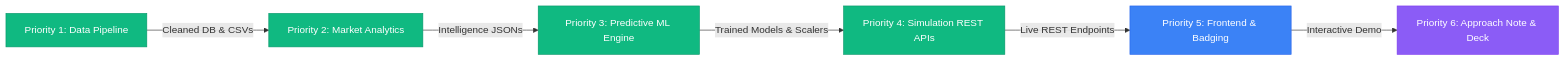
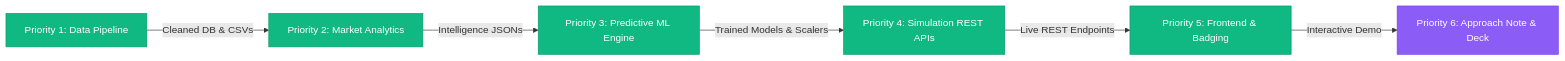
The diagram in TEAM_PRIORITIES_README.md (Visaging/La-Casa-De-Rozgaar-SAS), drawn with Mermaid before and after one commit. The commit also changed other lines of this file and 83 other files, not shown here.

````diff
--- a/TEAM_PRIORITIES_README.md
+++ b/TEAM_PRIORITIES_README.md
@@ -16,15 +16,15 @@
 ```mermaid
 flowchart LR
     P1[Priority 1: Data Pipeline] -->|Cleaned DB & CSVs| P2[Priority 2: Market Analytics]
     P2 -->|Intelligence JSONs| P3[Priority 3: Predictive ML Engine]
     P3 -->|Trained Models & Scalers| P4[Priority 4: Simulation REST APIs]
     P4 -->|Live REST Endpoints| P5[Priority 5: Frontend & Badging]
     P5 -->|Interactive Demo| P6[Priority 6: Approach Note & Deck]
     
     style P1 fill:#10b981,stroke:#059669,color:#fff
     style P2 fill:#10b981,stroke:#059669,color:#fff
     style P3 fill:#10b981,stroke:#059669,color:#fff
     style P4 fill:#10b981,stroke:#059669,color:#fff
-    style P5 fill:#3b82f6,stroke:#2563eb,color:#fff
+    style P5 fill:#10b981,stroke:#059669,color:#fff
     style P6 fill:#8b5cf6,stroke:#7c3aed,color:#fff
 ```
````
